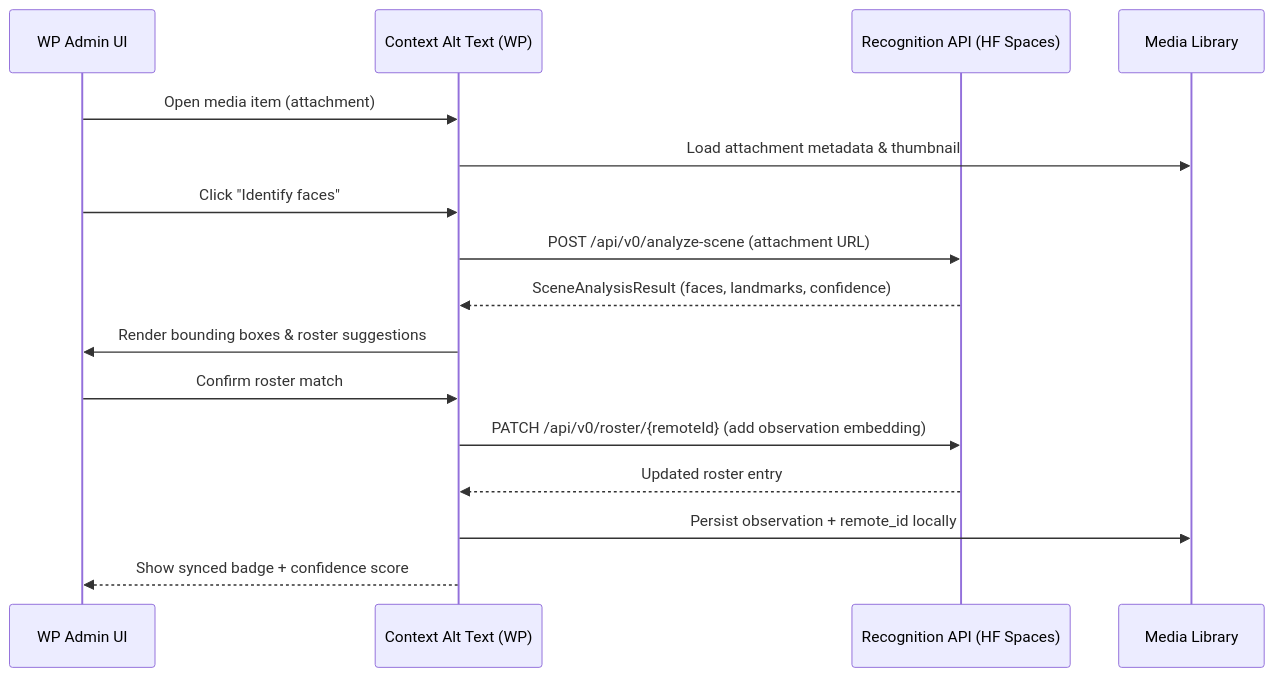
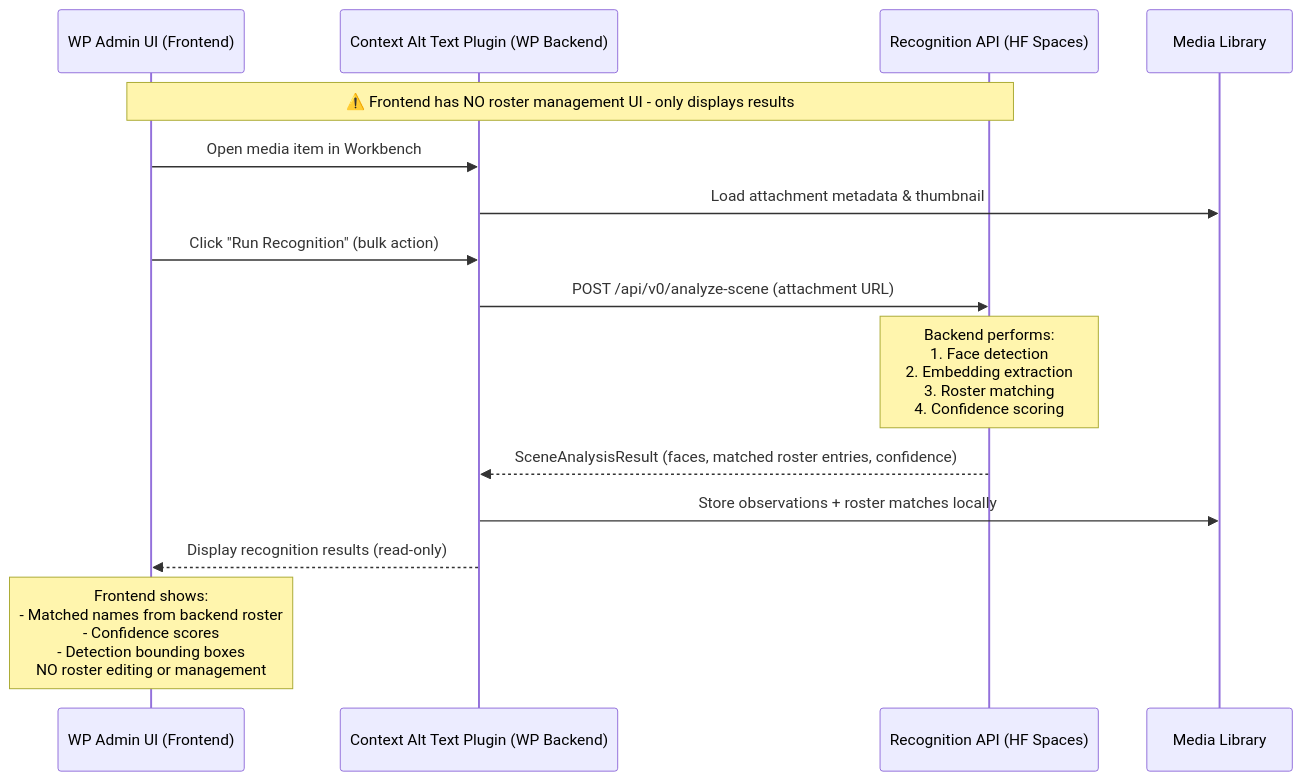
Before and after one commit to darce/context-alt-text-monorepo: the diagram in docs/architecture/frontend-uml/sequence-face-tagging-remote.mmd, drawn with Mermaid. The commit also changed 2 other files, not shown here.

Commit message:
docs(uml): clarify backend-only face recognition architecture
- Remove frontend roster management from diagrams
- Document recognition happens via backend API only
- Update sequence diagrams to show API-driven workflow
- Add notes clarifying roster sync is backend process
- Align with roadmap backend-only recognition approach

```diff
--- a/docs/architecture/frontend-uml/sequence-face-tagging-remote.mmd
+++ b/docs/architecture/frontend-uml/sequence-face-tagging-remote.mmd
@@ -1,17 +1,16 @@
 sequenceDiagram
-    participant Admin as WP Admin UI
-    participant Plugin as Context Alt Text (WP)
+    participant Admin as WP Admin UI (Frontend)
+    participant Plugin as Context Alt Text Plugin (WP Backend)
     participant Backend as Recognition API (HF Spaces)
     participant Storage as Media Library
 
-    Admin->>Plugin: Open media item (attachment)
+    Note over Admin,Backend: ⚠️ Frontend has NO roster management UI - only displays results
+    Admin->>Plugin: Open media item in Workbench
     Plugin->>Storage: Load attachment metadata & thumbnail
-    Admin->>Plugin: Click "Identify faces"
+    Admin->>Plugin: Click "Run Recognition" (bulk action)
     Plugin->>Backend: POST /api/v0/analyze-scene (attachment URL)
-    Backend-->>Plugin: SceneAnalysisResult (faces, landmarks, confidence)
-    Plugin->>Admin: Render bounding boxes & roster suggestions
-    Admin->>Plugin: Confirm roster match
-    Plugin->>Backend: PATCH /api/v0/roster/{remoteId} (add observation embedding)
-    Backend-->>Plugin: Updated roster entry
-    Plugin->>Storage: Persist observation + remote_id locally
-    Plugin-->>Admin: Show synced badge + confidence score
+    Note over Backend: Backend performs:<br/>1. Face detection<br/>2. Embedding extraction<br/>3. Roster matching<br/>4. Confidence scoring
+    Backend-->>Plugin: SceneAnalysisResult (faces, matched roster entries, confidence)
+    Plugin->>Storage: Store observations + roster matches locally
+    Plugin-->>Admin: Display recognition results (read-only)
+    Note over Admin: Frontend shows:<br/>- Matched names from backend roster<br/>- Confidence scores<br/>- Detection bounding boxes<br/>NO roster editing or management
```
